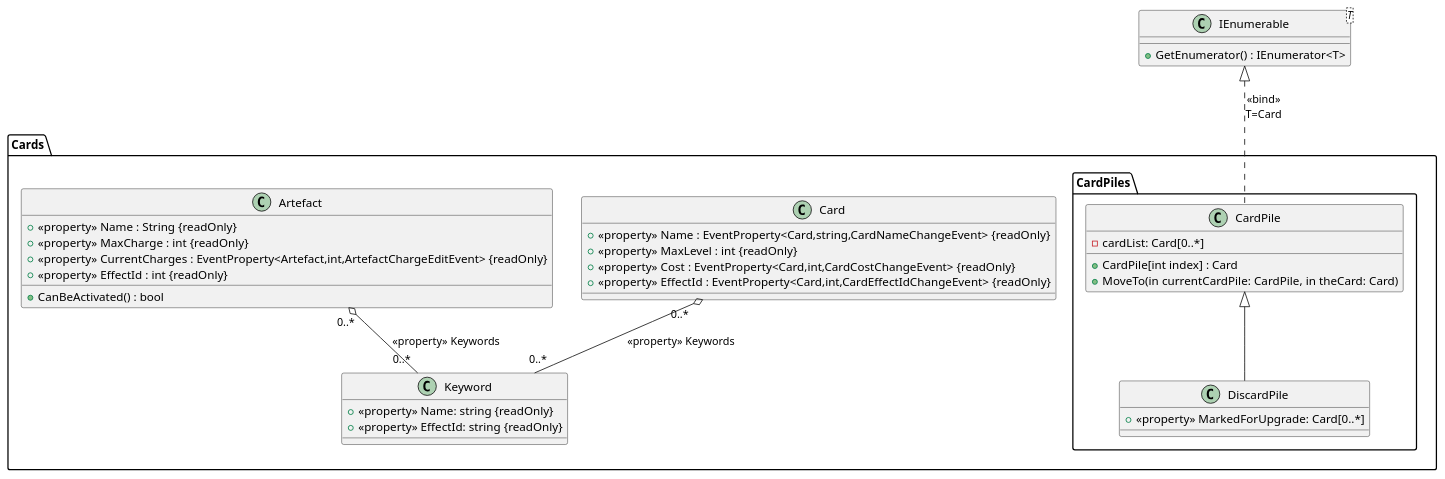
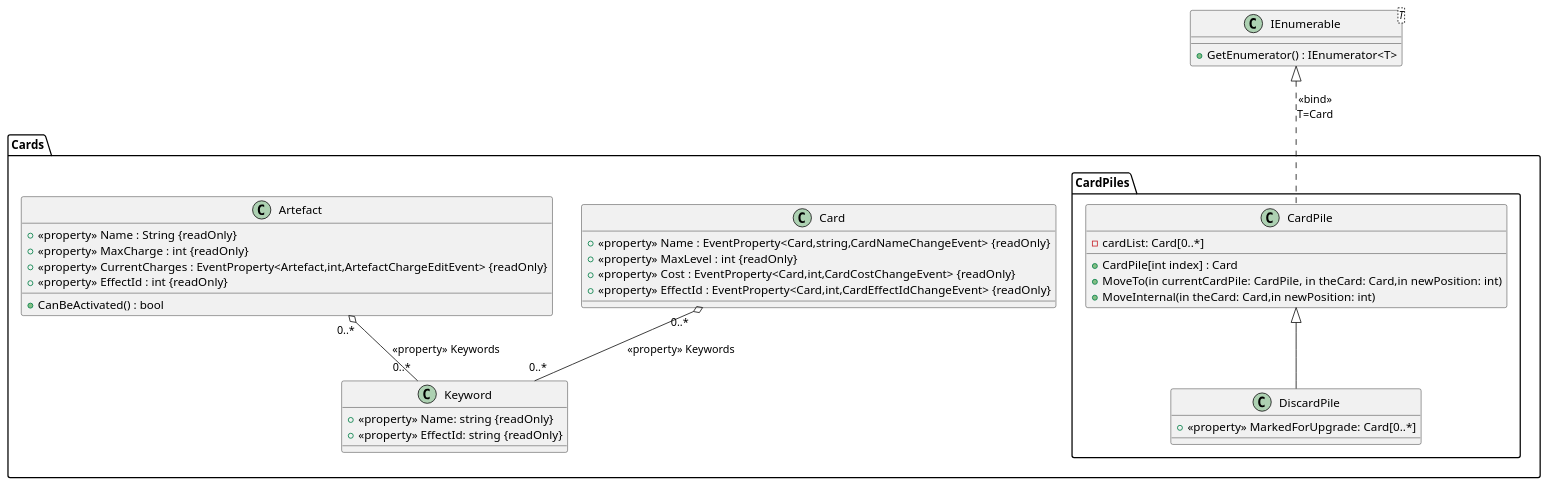
One commit to Card-Team/CardGame changed the diagram in CardGameEngine/CardsClassDiagram.puml. Above: the diagram before and after it, drawn with PlantUML. The commit also changed 18 other files, not shown here.

```diff
--- a/CardGameEngine/CardsClassDiagram.puml
+++ b/CardGameEngine/CardsClassDiagram.puml
@@ -1,46 +1,47 @@
 @startuml
 
 class IEnumerable<T>{
 + GetEnumerator() : IEnumerator<T>
 }
 
 package Cards{
 class Card{
 + <<property>> Name : EventProperty<Card,string,CardNameChangeEvent> {readOnly}
 + <<property>> MaxLevel : int {readOnly}
 + <<property>> Cost : EventProperty<Card,int,CardCostChangeEvent> {readOnly}
 + <<property>> EffectId : EventProperty<Card,int,CardEffectIdChangeEvent> {readOnly}
 'c'est un scriptId en fait
 }
 
 class Keyword{
 + <<property>> Name: string {readOnly}
 + <<property>> EffectId: string {readOnly}
 }
 
 package CardPiles{
 class CardPile{
 - cardList: Card[0..*]
 
 + {method} CardPile[int index] : Card
-+ MoveTo(in currentCardPile: CardPile, in theCard: Card)
++ MoveTo(in currentCardPile: CardPile, in theCard: Card,in newPosition: int)
++ MoveInternal(in theCard: Card,in newPosition: int)
 }
 class DiscardPile extends CardPile{
 + <<property>> MarkedForUpgrade: Card[0..*]
 }
 }
 
 class Artefact{
 + <<property>> Name : String {readOnly}
 + <<property>> MaxCharge : int {readOnly}
 + <<property>> CurrentCharges : EventProperty<Artefact,int,ArtefactChargeEditEvent> {readOnly}
 + <<property>> EffectId : int {readOnly}
 + CanBeActivated() : bool
 }
 CardPile ..u|> IEnumerable : <<bind>>\nT=Card
 Card "0..*" o--  "0..*" Keyword : <<property>> Keywords
 Artefact "0..*" o--  "0..*" Keyword : <<property>> Keywords
 
 }
 
 @enduml
```
